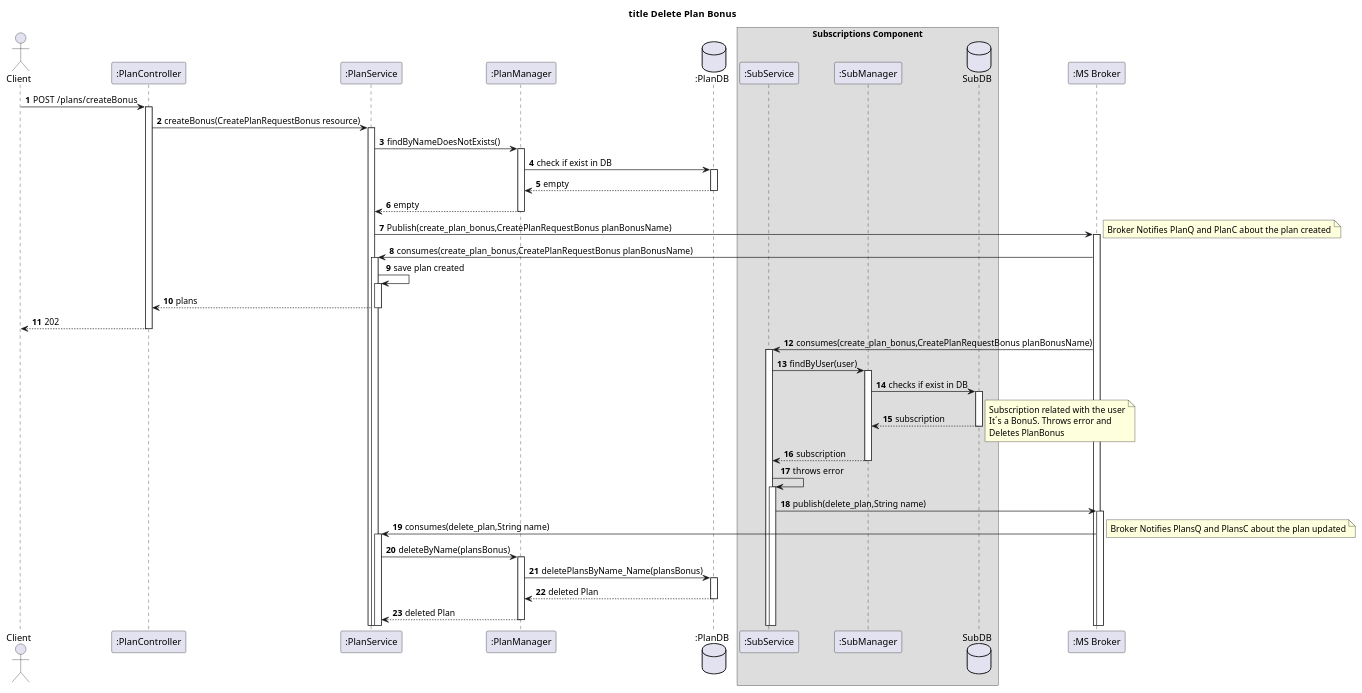
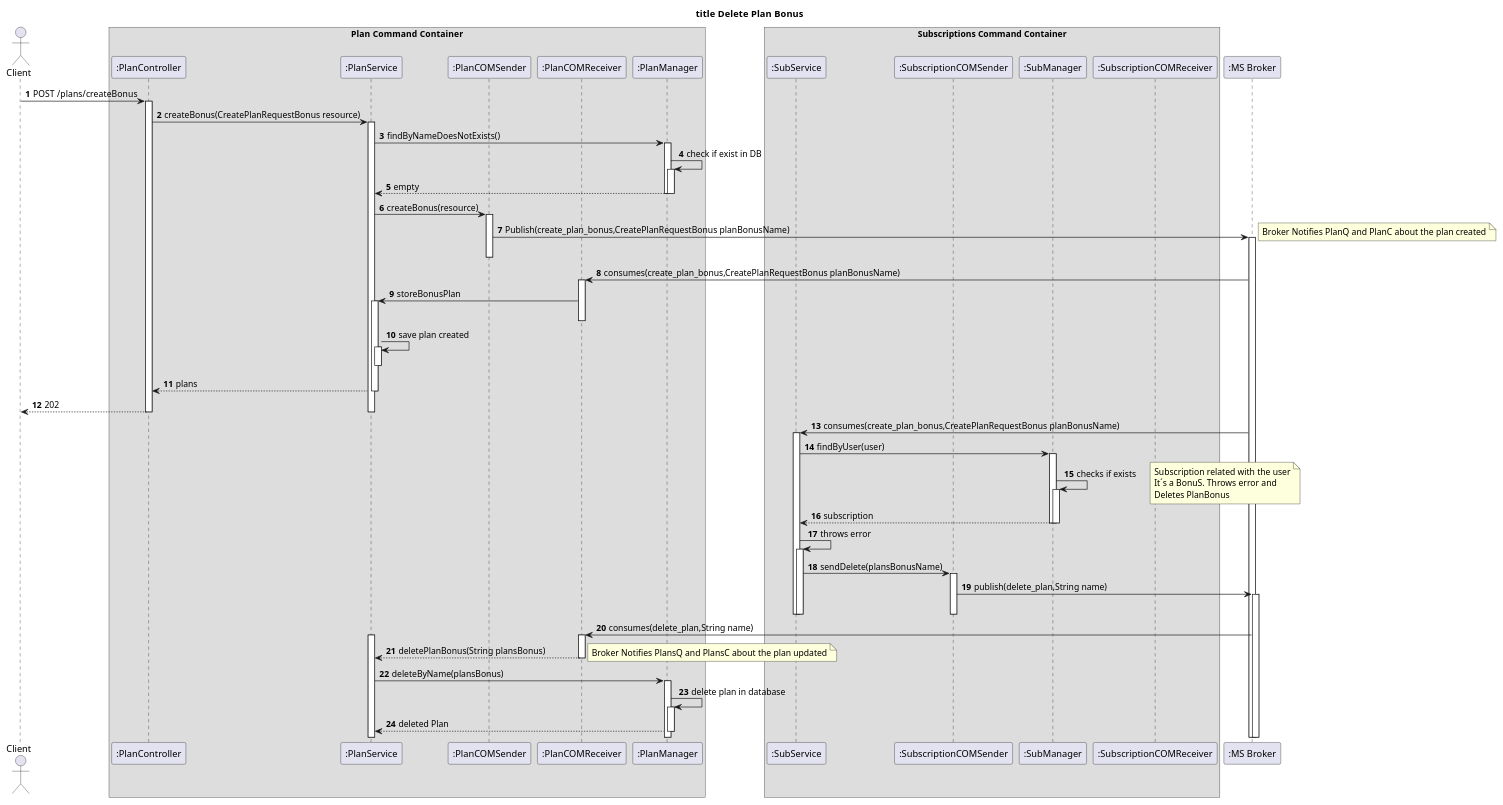
Before and after one commit to IsepMartimOliveira/SIDIS: the diagram in docs_sidis/Terceira_Avaliação/Bonus/Vista_Logica/N3/DeleteToBonus.puml, drawn with PlantUML. The commit also changed 15 other files, not shown here.

```diff
--- a/docs_sidis/Terceira_Avaliação/Bonus/Vista_Logica/N3/DeleteToBonus.puml
+++ b/docs_sidis/Terceira_Avaliação/Bonus/Vista_Logica/N3/DeleteToBonus.puml
@@ -1,74 +1,95 @@
 @startuml
 'https://plantuml.com/sequence-diagram
 autoactivate on
 autonumber
 title  title  Delete Plan Bonus
 
 autonumber
+actor "Client" as Ac
+box "Plan  Command Container"
 
-actor "Client" as Ac
 participant ":PlanController" as PlanController
 participant ":PlanService" as PService
+participant ":PlanCOMSender" as PSender
+participant ":PlanCOMReceiver" as PReceiver
 participant ":PlanManager" as PManager
-database ":PlanDB" as PDB
+end box
 
-box "Subscriptions Component"
+box "Subscriptions Command Container"
     participant ":SubService" as Service
+       participant ":SubscriptionCOMSender" as SSender
+
     participant ":SubManager" as MG
-    database "SubDB" as SDB
+    participant ":SubscriptionCOMReceiver" as SReceiver
 end box
+
 
 
 
 
 
 participant ":MS Broker" as Broker
 
 Ac->PlanController:POST  /plans/createBonus
 PlanController->PService:createBonus(CreatePlanRequestBonus resource)
 PService->PManager:findByNameDoesNotExists()
-PManager->PDB:check if exist in DB
-PDB-->PManager:empty
+PManager->PManager:check if exist in DB
 PManager-->PService:empty
-PService->Broker:Publish(create_plan_bonus,CreatePlanRequestBonus planBonusName)
+deactivate PManager
+PService->PSender:createBonus(resource)
+PSender->Broker:Publish(create_plan_bonus,CreatePlanRequestBonus planBonusName)
 
-
+deactivate PSender
 note right
 Broker Notifies PlanQ and PlanC about the plan created
 end note
 
-PService<-Broker:consumes(create_plan_bonus,CreatePlanRequestBonus planBonusName)
+PReceiver<-Broker:consumes(create_plan_bonus,CreatePlanRequestBonus planBonusName)
+PReceiver->PService:storeBonusPlan
+deactivate PReceiver
+
 
 PService->PService:save plan created
+deactivate PService
+
+
 PService-->PlanController:plans
 
+
 PlanController-->Ac:202
+deactivate PService
 Broker->Service:consumes(create_plan_bonus,CreatePlanRequestBonus planBonusName)
 Service->MG:findByUser(user)
-MG->SDB:checks if exist in DB
-SDB-->MG:subscription
+MG->MG:checks if exists
+
 note right
  Subscription related with the user
  It´s a BonuS. Throws error and
  Deletes PlanBonus
 end note
 MG-->Service:subscription
+deactivate MG
 
 Service->Service:throws error
-Service->Broker:publish(delete_plan,String name)
-Broker->PService:consumes(delete_plan,String name)
+Service->SSender:sendDelete(plansBonusName)
+SSender->Broker:publish(delete_plan,String name)
+deactivate SSender
+deactivate Service
+deactivate Service
+Broker->PReceiver:consumes(delete_plan,String name)
+activate PService
+PReceiver-->PService: deletePlanBonus(String plansBonus)
 note right
 Broker Notifies PlansQ and PlansC about the plan updated
 end note
 PService->PManager:deleteByName(plansBonus)
-PManager->PDB:deletePlansByName_Name(plansBonus)
-PDB-->PManager:deleted Plan
+PManager->PManager:delete plan in database
 PManager-->PService:deleted Plan
 
 
 
 
 
 
 
 @enduml
```
